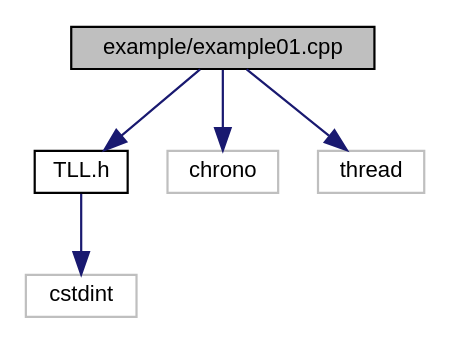
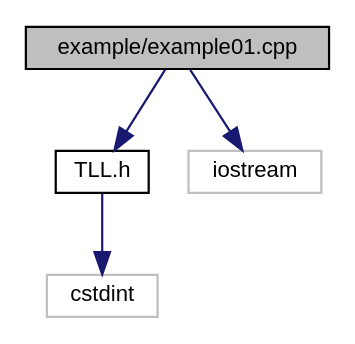
The diagram in docs/example01_8cpp__incl.dot (nkue-yst/MarbLED-SDK), drawn with Graphviz before and after one commit. The commit also changed 18 other files, not shown here.

```diff
--- a/docs/example01_8cpp__incl.dot
+++ b/docs/example01_8cpp__incl.dot
@@ -1,14 +1,12 @@
 digraph "example/example01.cpp"
 {
   edge [fontname="Helvetica",fontsize="10",labelfontname="Helvetica",labelfontsize="10"];
   node [fontname="Helvetica",fontsize="10",shape=record];
   Node0 [label="example/example01.cpp",height=0.2,width=0.4,color="black", fillcolor="grey75", style="filled", fontcolor="black"];
   Node0 -> Node1 [color="midnightblue",fontsize="10",style="solid",fontname="Helvetica"];
   Node1 [label="TLL.h",height=0.2,width=0.4,color="black", fillcolor="white", style="filled",URL="$TLL_8h.html",tooltip="API公開用ヘッダファイル "];
   Node1 -> Node2 [color="midnightblue",fontsize="10",style="solid",fontname="Helvetica"];
   Node2 [label="cstdint",height=0.2,width=0.4,color="grey75", fillcolor="white", style="filled"];
   Node0 -> Node3 [color="midnightblue",fontsize="10",style="solid",fontname="Helvetica"];
-  Node3 [label="chrono",height=0.2,width=0.4,color="grey75", fillcolor="white", style="filled"];
-  Node0 -> Node4 [color="midnightblue",fontsize="10",style="solid",fontname="Helvetica"];
-  Node4 [label="thread",height=0.2,width=0.4,color="grey75", fillcolor="white", style="filled"];
+  Node3 [label="iostream",height=0.2,width=0.4,color="grey75", fillcolor="white", style="filled"];
 }
```
